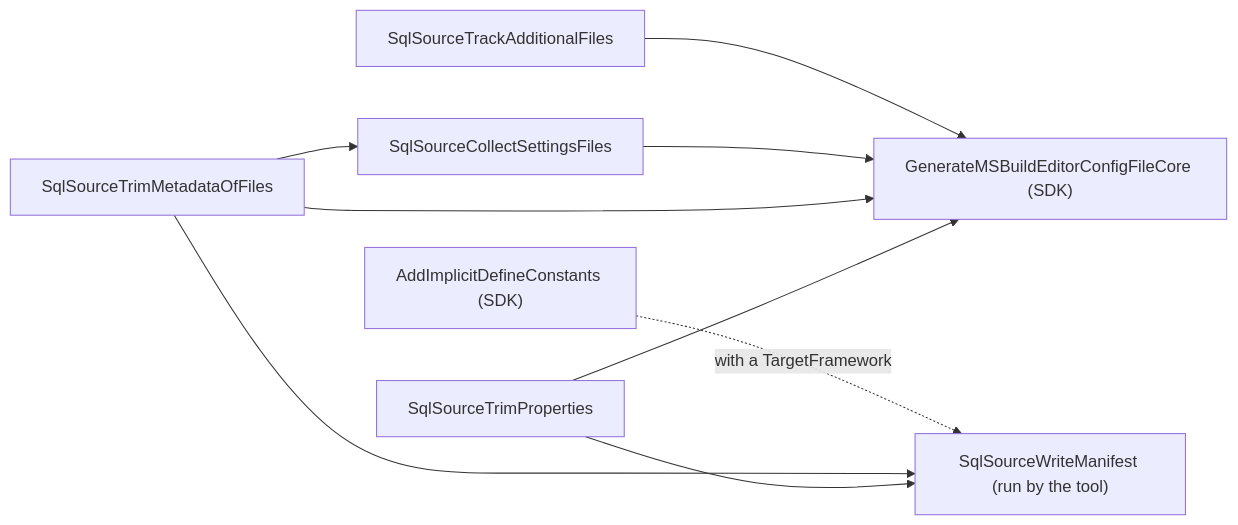
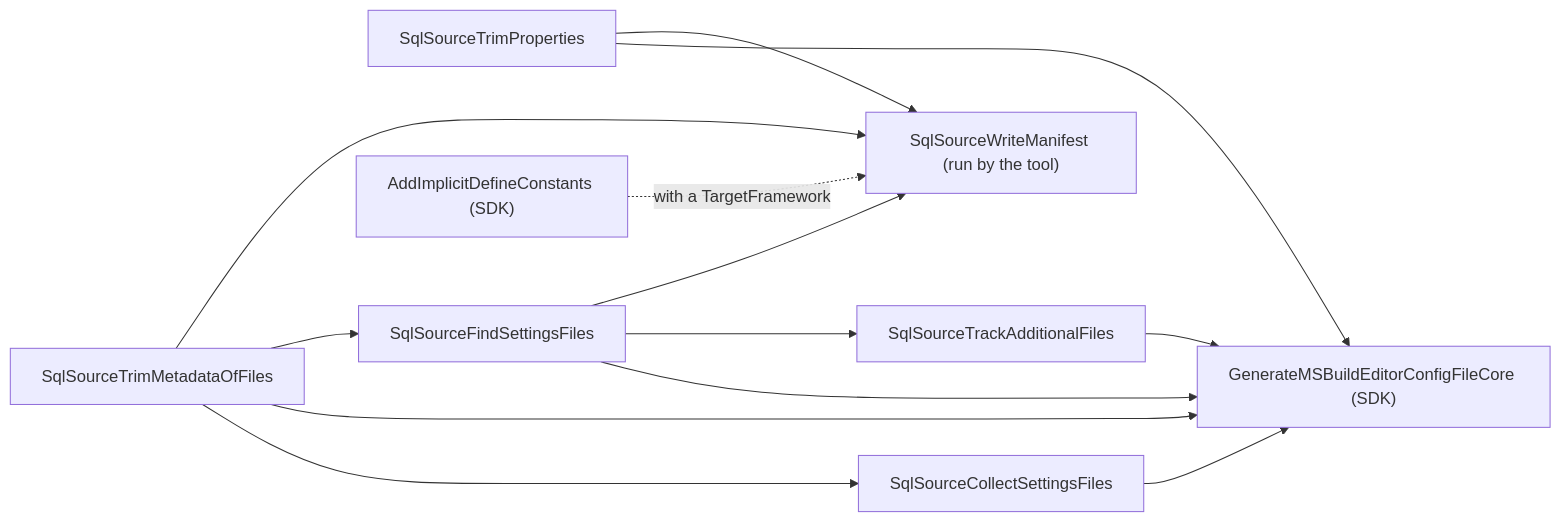
The diagram in docs/architecture/msbuild-and-manifest.md (mbcrawfo/SqlSource), drawn with Mermaid before and after one commit. The commit also changed other lines of this file and 28 other files, not shown here.

First line of the commit message:
Find sqlsource.json files above every .sql and C# file and list them in the manifest

````diff
--- a/docs/architecture/msbuild-and-manifest.md
+++ b/docs/architecture/msbuild-and-manifest.md
@@ -17,11 +17,15 @@
 ```mermaid
 flowchart LR
     trimProperties["SqlSourceTrimProperties"] --> sdk["GenerateMSBuildEditorConfigFileCore (SDK)"]
     trimMetadata["SqlSourceTrimMetadataOfFiles"] --> collect["SqlSourceCollectSettingsFiles"]
     trimMetadata --> sdk
     collect --> sdk
-    track["SqlSourceTrackAdditionalFiles"] --> sdk
+    trimMetadata --> find["SqlSourceFindSettingsFiles"]
+    find --> sdk
+    find --> track["SqlSourceTrackAdditionalFiles"]
+    track --> sdk
     trimProperties --> manifest["SqlSourceWriteManifest (run by the tool)"]
     trimMetadata --> manifest
+    find --> manifest
     defines["AddImplicitDefineConstants (SDK)"] -.->|"with a TargetFramework"| manifest
 ```
````
